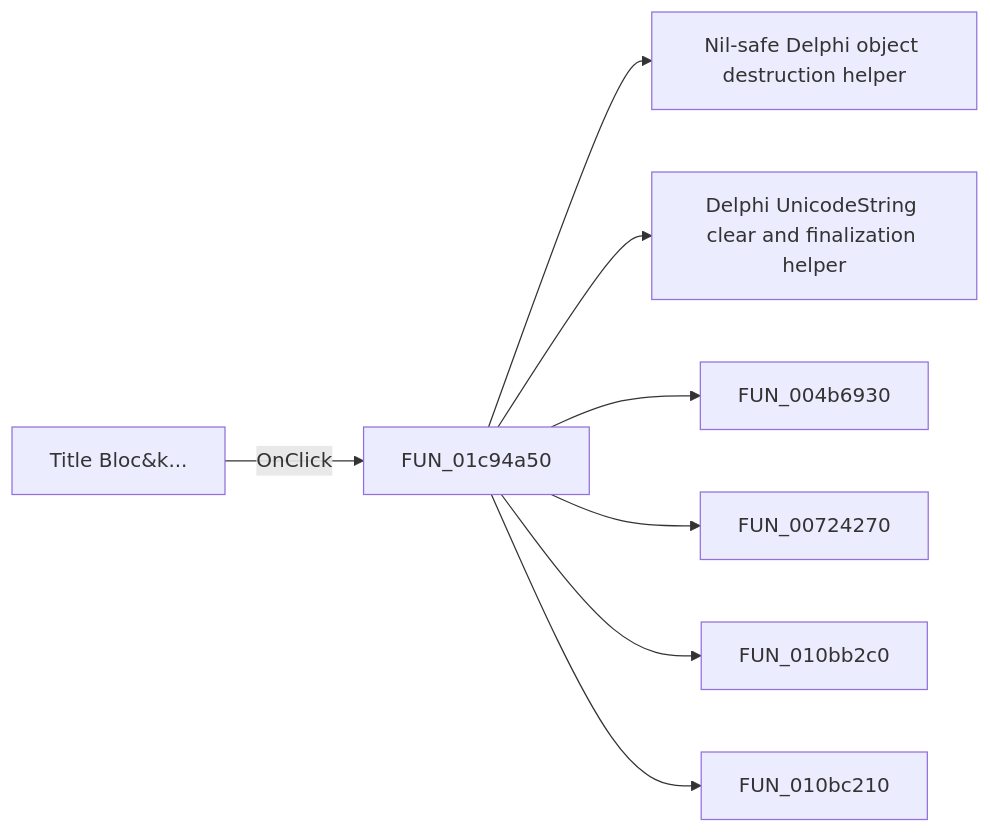
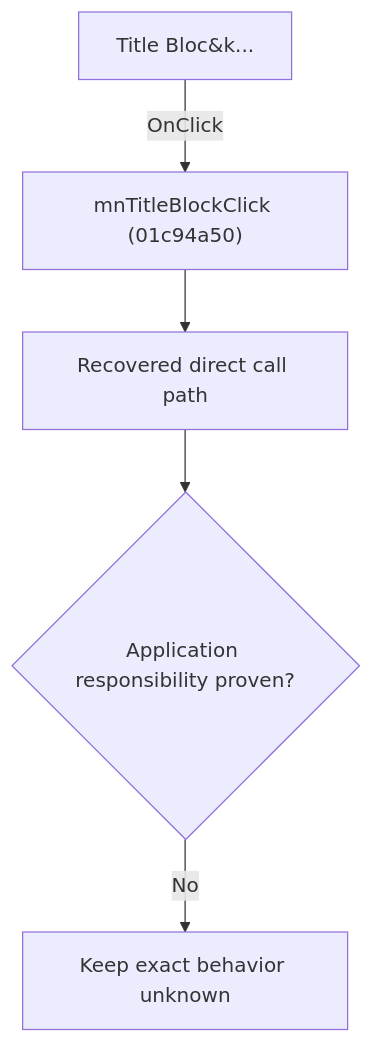
Before and after one commit to MovGP0/TIARA: the diagram in docs/ui-controls/schematiceditor/mntitleblock-643ca1a9e0.md, drawn with Mermaid. The commit also changed other lines of this file and 1062 other files, not shown here.

````diff
--- a/docs/ui-controls/schematiceditor/mntitleblock-643ca1a9e0.md
+++ b/docs/ui-controls/schematiceditor/mntitleblock-643ca1a9e0.md
@@ -27,10 +27,7 @@
 ```mermaid
-flowchart LR
-    control["Title Bloc&k..."] -->|OnClick| handler["FUN_01c94a50"]
-    handler --> call1["Nil-safe Delphi object destruction helper"]
-    handler --> call2["Delphi UnicodeString clear and finalization helper"]
-    handler --> call3["FUN_004b6930"]
-    handler --> call4["FUN_00724270"]
-    handler --> call5["FUN_010bb2c0"]
-    handler --> call6["FUN_010bc210"]
+flowchart TD
+    control["Title Bloc&k..."] -->|"OnClick"| handler["mnTitleBlockClick (01c94a50)"]
+    handler --> recovered["Recovered direct call path"]
+    recovered --> gap{"Application responsibility proven?"}
+    gap -->|"No"| blocked["Keep exact behavior unknown"]
 ```
````
